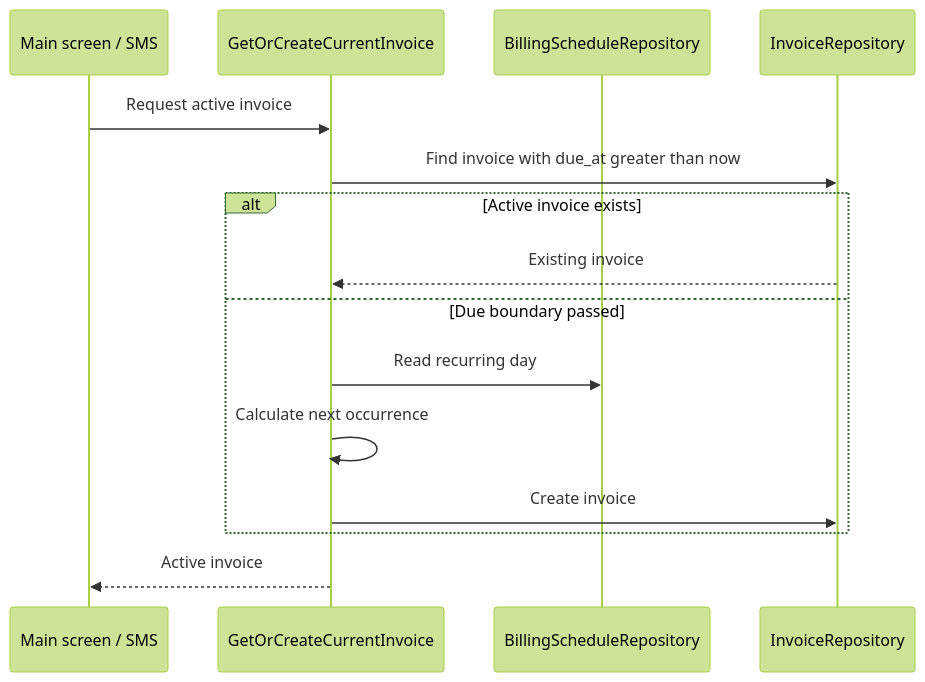
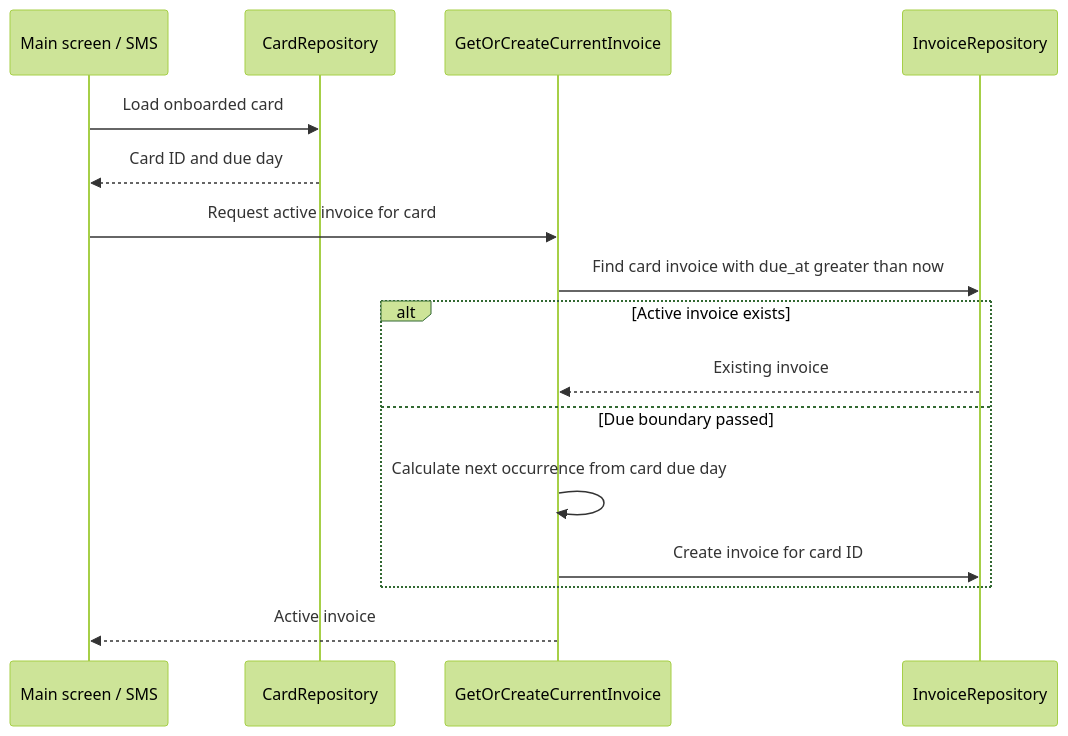
The second of 2 diagrams in docs/CP-002-technical.md (inodaf/cowpaw), drawn with Mermaid (forest theme) before and after one commit. The commit also changed other lines of this file and 1 other file, not shown here.

Commit message:
docs: model invoice schedule by card

````diff
--- a/docs/CP-002-technical.md
+++ b/docs/CP-002-technical.md
@@ -87,18 +117,19 @@
 ```mermaid
 sequenceDiagram
     participant Entry as Main screen / SMS
+    participant Card as CardRepository
     participant UseCase as GetOrCreateCurrentInvoice
-    participant Schedule as BillingScheduleRepository
     participant Invoice as InvoiceRepository
 
-    Entry->>UseCase: Request active invoice
-    UseCase->>Invoice: Find invoice with due_at greater than now
+    Entry->>Card: Load onboarded card
+    Card-->>Entry: Card ID and due day
+    Entry->>UseCase: Request active invoice for card
+    UseCase->>Invoice: Find card invoice with due_at greater than now
     alt Active invoice exists
         Invoice-->>UseCase: Existing invoice
     else Due boundary passed
-        UseCase->>Schedule: Read recurring day
-        UseCase->>UseCase: Calculate next occurrence
-        UseCase->>Invoice: Create invoice
+        UseCase->>UseCase: Calculate next occurrence from card due day
+        UseCase->>Invoice: Create invoice for card ID
     end
     UseCase-->>Entry: Active invoice
 ```
````
